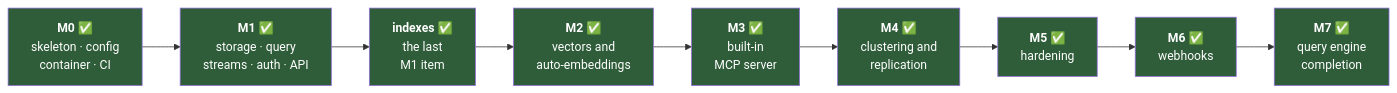
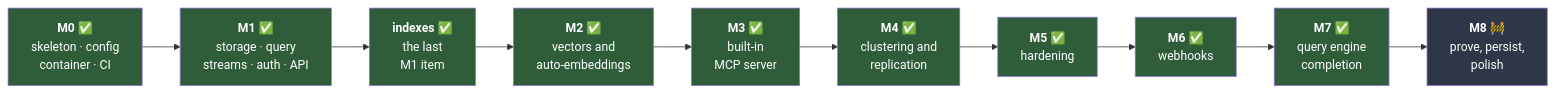
The first of 4 diagrams in docs/roadmap.md (titusai-io/kimmydb), drawn with Mermaid before and after one commit. The commit also changed other lines of this file and 4 other files, not shown here.

First line of the commit message:
Plan M8: prove, persist, polish

````diff
--- a/docs/roadmap.md
+++ b/docs/roadmap.md
@@ -12,24 +12,26 @@
 ```mermaid
 graph LR
     M0["<b>M0</b> ✅<br/>skeleton · config<br/>container · CI"]
     M1["<b>M1</b> ✅<br/>storage · query<br/>streams · auth · API"]
     IDX["<b>indexes</b> ✅<br/>the last<br/>M1 item"]
     M2["<b>M2</b> ✅<br/>vectors and<br/>auto-embeddings"]
     M3["<b>M3</b> ✅<br/>built-in<br/>MCP server"]
     M4["<b>M4</b> ✅<br/>clustering and<br/>replication"]
     M5["<b>M5</b> ✅<br/>hardening"]
     M6["<b>M6</b> ✅<br/>webhooks"]
     M7["<b>M7</b> ✅<br/>query engine<br/>completion"]
+    M8["<b>M8</b> 🚧<br/>prove, persist,<br/>polish"]
 
-    M0 --> M1 --> IDX --> M2 --> M3 --> M4 --> M5 --> M6 --> M7
+    M0 --> M1 --> IDX --> M2 --> M3 --> M4 --> M5 --> M6 --> M7 --> M8
 
     style M0 fill:#2f5d3a,color:#fff
     style M1 fill:#2f5d3a,color:#fff
     style IDX fill:#2f5d3a,color:#fff
     style M2 fill:#2f5d3a,color:#fff
     style M3 fill:#2f5d3a,color:#fff
     style M4 fill:#2f5d3a,color:#fff
     style M5 fill:#2f5d3a,color:#fff
     style M6 fill:#2f5d3a,color:#fff
     style M7 fill:#2f5d3a,color:#fff
+    style M8 fill:#2d3748,color:#fff
 ```
````
